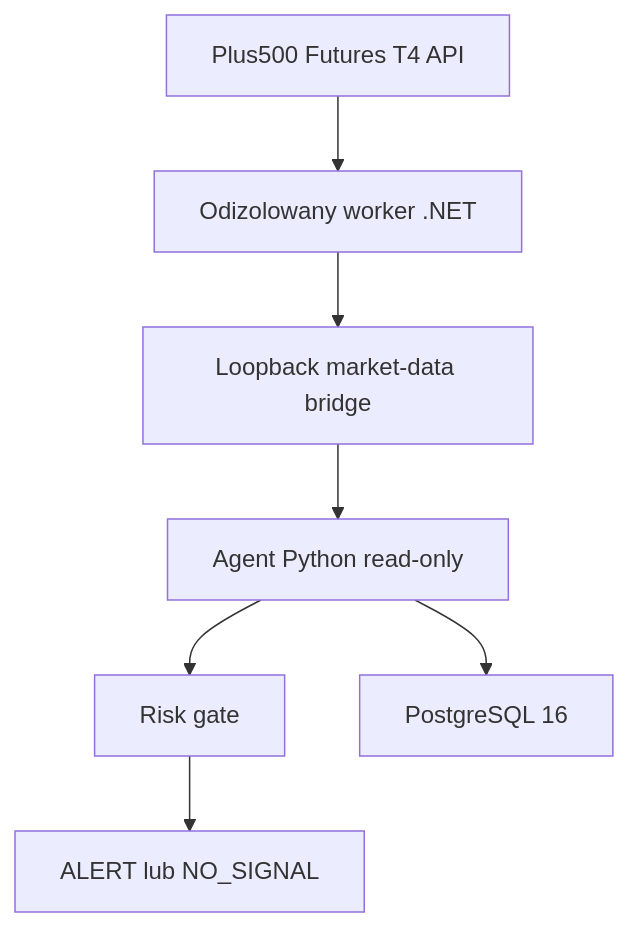
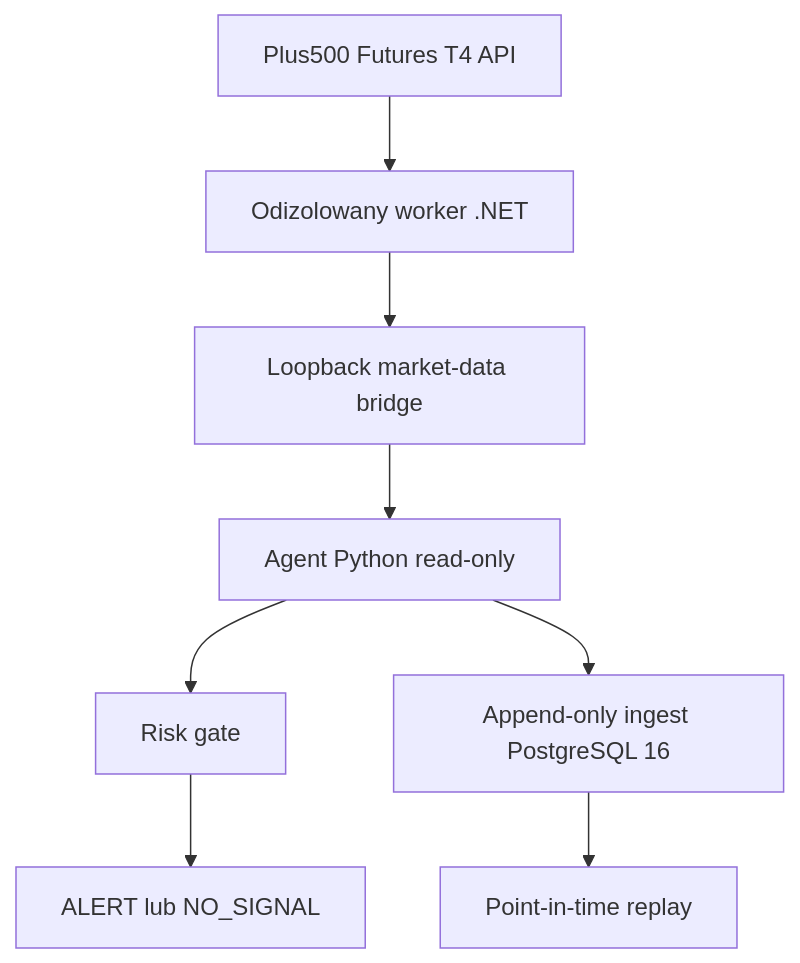
The diagram in docs/ARCHITECTURE.md (PawelZhenchak/Agent_Crypto-), drawn with Mermaid before and after one commit. The commit also changed other lines of this file and 20 other files, not shown here.

Commit message:
Add PostgreSQL ingest and deterministic replay v0.5.0

````diff
--- a/docs/ARCHITECTURE.md
+++ b/docs/ARCHITECTURE.md
@@ -3,9 +3,10 @@
 ```mermaid
 flowchart TD
     A["Plus500 Futures T4 API"] --> B["Odizolowany worker .NET"]
     B --> C["Loopback market-data bridge"]
     C --> D["Agent Python read-only"]
     D --> E["Risk gate"]
     E --> F["ALERT lub NO_SIGNAL"]
-    D --> G["PostgreSQL 16"]
+    D --> G["Append-only ingest PostgreSQL 16"]
+    G --> H["Point-in-time replay"]
 ```
````
